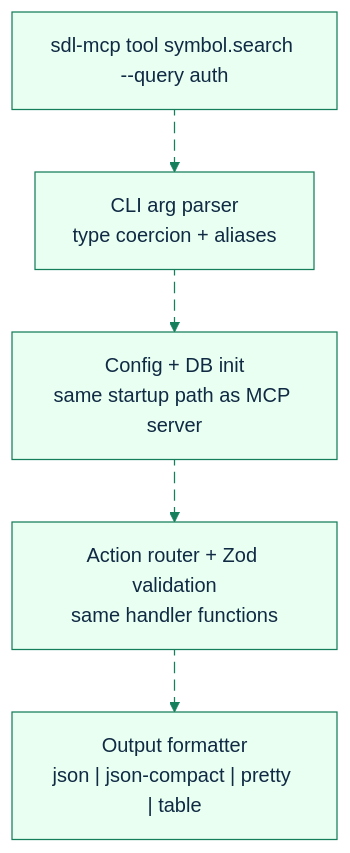
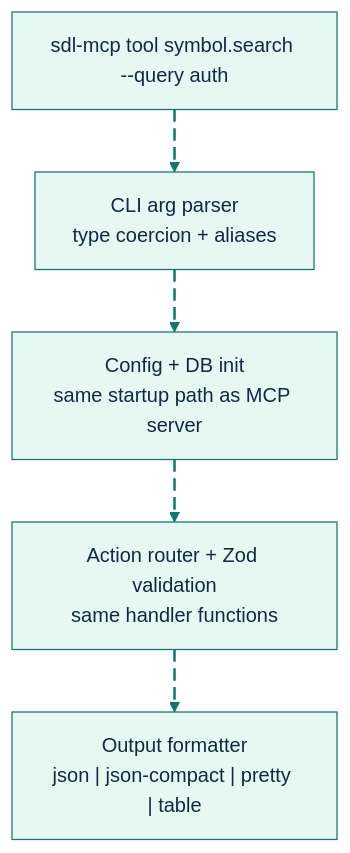
The diagram in docs/feature-deep-dives/cli-tool-access.md (GlitterKill/sdl-mcp), drawn with Mermaid before and after one commit. The commit also changed 33 other files, not shown here.

First line of the commit message:
docs: update mermaid diagram themes and styling across documentation

````diff
--- a/docs/feature-deep-dives/cli-tool-access.md
+++ b/docs/feature-deep-dives/cli-tool-access.md
@@ -34,17 +34,23 @@
 ```mermaid
-%%{init: {"theme":"base","themeVariables":{"primaryColor":"#e8fff1","primaryBorderColor":"#157f5b","primaryTextColor":"#102a43","secondaryColor":"#eef6ff","secondaryBorderColor":"#2563eb","tertiaryColor":"#fff4d6","tertiaryBorderColor":"#b45309","lineColor":"#157f5b","fontFamily":"Trebuchet MS, Arial"},"flowchart":{"curve":"basis"}}}%%
+%%{init: {"theme":"base","themeVariables":{"background":"#ffffff","primaryColor":"#E7F8F2","primaryBorderColor":"#0F766E","primaryTextColor":"#102A43","secondaryColor":"#E8F1FF","secondaryBorderColor":"#2563EB","secondaryTextColor":"#102A43","tertiaryColor":"#FFF4D6","tertiaryBorderColor":"#B45309","tertiaryTextColor":"#102A43","lineColor":"#0F766E","textColor":"#102A43","fontFamily":"Inter, ui-sans-serif, system-ui, -apple-system, BlinkMacSystemFont, Segoe UI, sans-serif"},"flowchart":{"curve":"basis","htmlLabels":true}}}%%
 flowchart TD
     Cmd["sdl-mcp tool symbol.search --query auth"]
     Parse["CLI arg parser<br/>type coercion + aliases"]
     Init["Config + DB init<br/>same startup path as MCP server"]
     Route["Action router + Zod validation<br/>same handler functions"]
     Output["Output formatter<br/>json | json-compact | pretty | table"]
 
     Cmd e1@--> Parse
     Parse e2@--> Init
     Init e3@--> Route
     Route e4@--> Output
 
-    classDef animate stroke-dasharray: 9\,5,stroke-dashoffset: 900,animation: dash 25s linear infinite;
-    class e1,e2,e3,e4 animate
+    classDef source fill:#E7F8F2,stroke:#0F766E,stroke-width:2px,color:#102A43;
+    classDef process fill:#E8F1FF,stroke:#2563EB,stroke-width:2px,color:#102A43;
+    classDef decision fill:#FFF4D6,stroke:#B45309,stroke-width:2px,color:#102A43;
+    classDef storage fill:#F2E8FF,stroke:#7C3AED,stroke-width:2px,color:#102A43;
+    classDef output fill:#FFE8EF,stroke:#BE123C,stroke-width:2px,color:#102A43;
+    classDef muted fill:#F8FAFC,stroke:#64748B,stroke-width:1px,color:#102A43;
+    classDef animate stroke:#0F766E,stroke-width:2px,stroke-dasharray:10\,5,stroke-dashoffset:900,animation:dash 22s linear infinite;
+    class e1,e2,e3,e4 animate;
 ```
````
